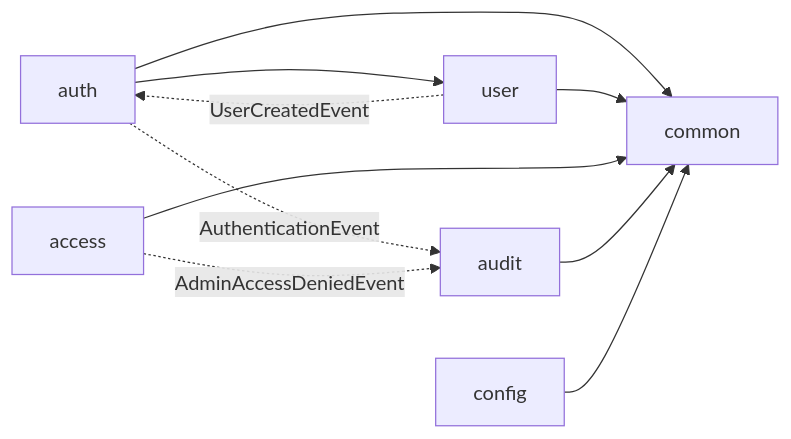
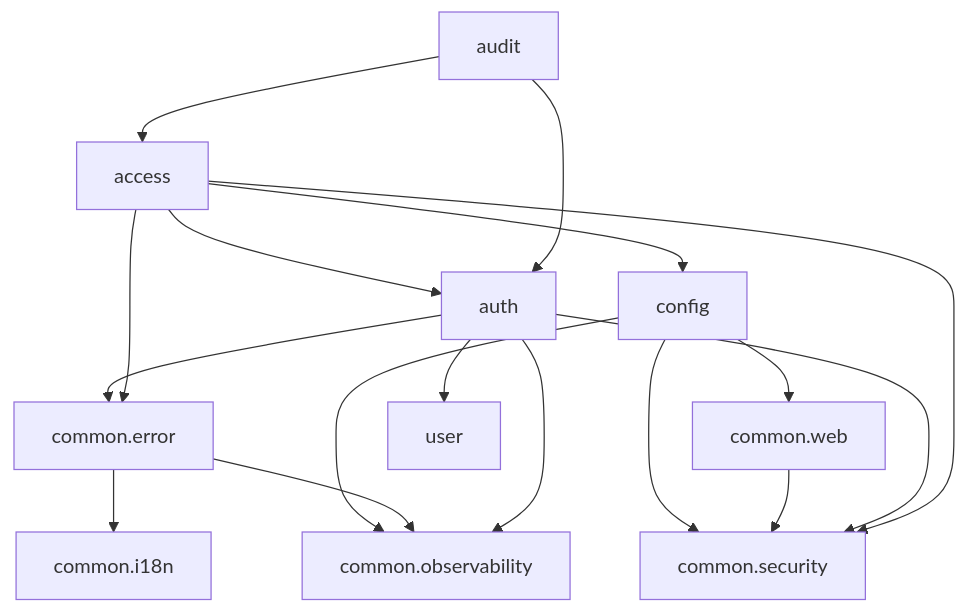
Before and after one commit to agwlvssainokuni/mastersmith2: the diagram in aidlc/spaces/default/codekb/mastersmith2/dependencies.md, drawn with Mermaid. The commit also changed other lines of this file and 13 other files, not shown here.

````diff
--- a/aidlc/spaces/default/codekb/mastersmith2/dependencies.md
+++ b/aidlc/spaces/default/codekb/mastersmith2/dependencies.md
@@ -22,12 +33,19 @@
 ```mermaid
-flowchart LR
-    AUTH["auth"] --> USER["user"]
-    USER -. "UserCreatedEvent" .-> AUTH
-    AUTH -. "AuthenticationEvent" .-> AUDIT["audit"]
-    ACCESS["access"] -. "AdminAccessDeniedEvent" .-> AUDIT
-    AUTH --> COMMON["common"]
-    USER --> COMMON
-    ACCESS --> COMMON
-    AUDIT --> COMMON
-    CONFIG["config"] --> COMMON
+flowchart TD
+  config --> common_security["common.security"]
+  config --> common_web["common.web"]
+  config --> common_observability["common.observability"]
+  common_web --> common_security
+  common_error["common.error"] --> common_i18n["common.i18n"]
+  common_error --> common_observability
+  auth --> user
+  auth --> common_error
+  auth --> common_security
+  auth --> common_observability
+  access --> auth
+  access --> common_error
+  access --> common_security
+  access --> config
+  audit --> auth
+  audit --> access
 ```
````
